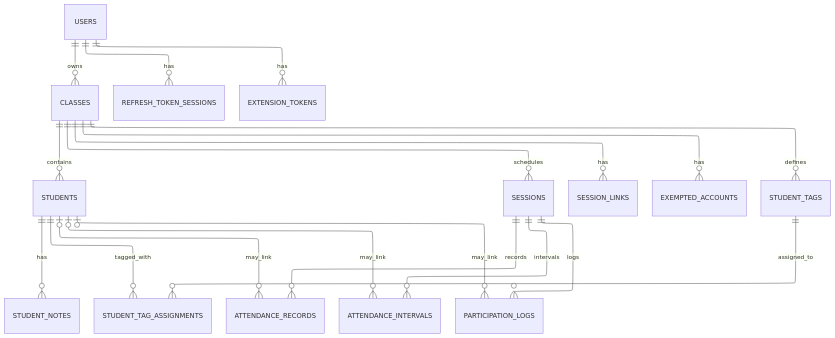
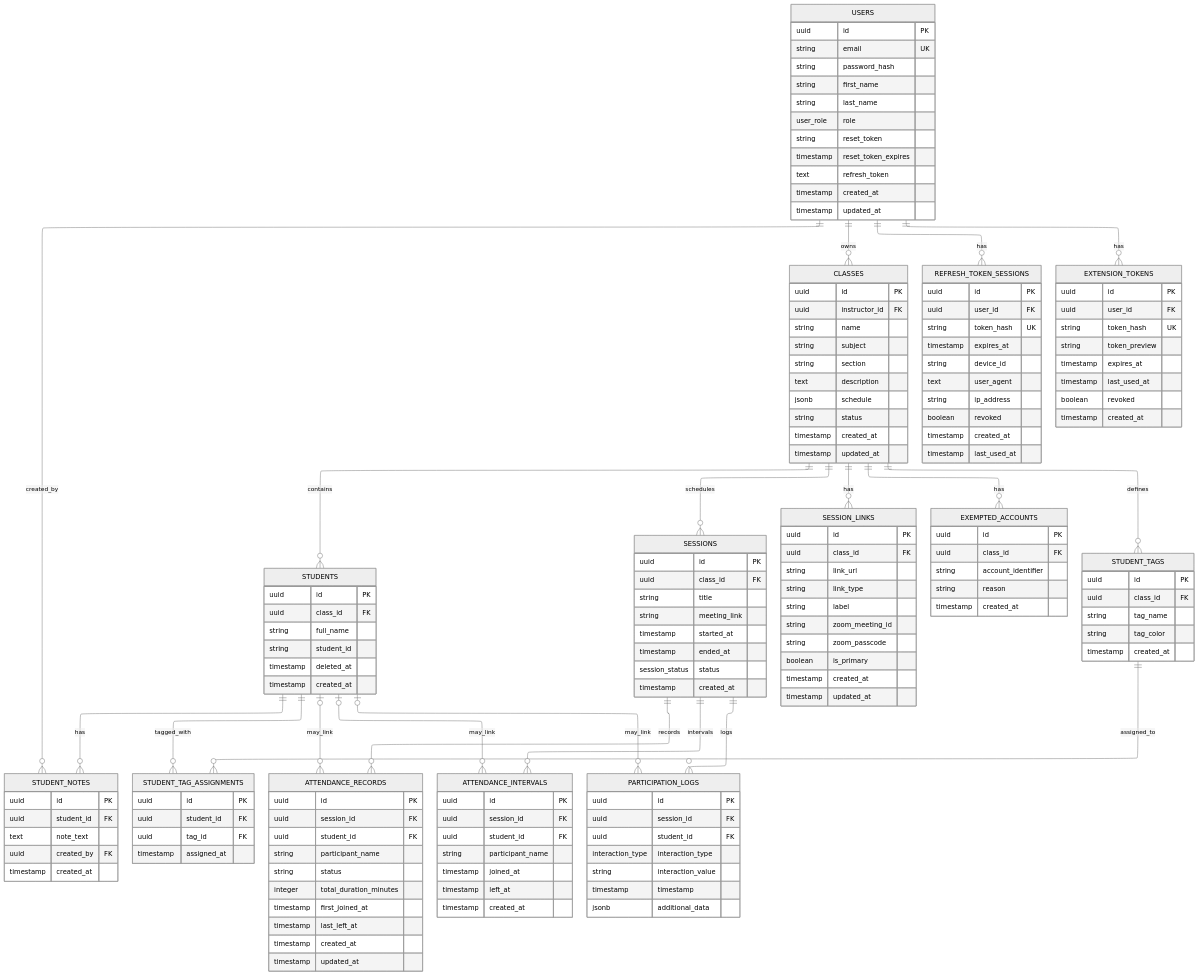
The sixth of 7 diagrams in __documentation/_for thesis/appendix/appendices_diagrams_mermaid.md (Rich-SCC/engagium_v0.2), drawn with Mermaid before and after one commit. The commit also changed other lines of this file and 1 other file, not shown here.

Commit message:
v1.15 diagrams docs fix

````diff
--- a/__documentation/_for thesis/appendix/appendices_diagrams_mermaid.md
+++ b/__documentation/_for thesis/appendix/appendices_diagrams_mermaid.md
@@ -199,28 +197,179 @@
 ```mermaid
 ---
 config:
+  theme: neutral
+  look: classic
   layout: elk
+  fontFamily: '''Recursive Variable'', sans-serif'
+  themeVariables:
+    fontFamily: '''Recursive Variable'', sans-serif'
 ---
 erDiagram
-    USERS ||--o{ CLASSES : owns
-    CLASSES ||--o{ STUDENTS : contains
-    CLASSES ||--o{ SESSIONS : schedules
-    CLASSES ||--o{ SESSION_LINKS : has
-    CLASSES ||--o{ EXEMPTED_ACCOUNTS : has
-    CLASSES ||--o{ STUDENT_TAGS : defines
+	direction TB
+	USERS {
+		uuid id PK ""  
+		string email UK ""  
+		string password_hash  ""  
+		string first_name  ""  
+		string last_name  ""  
+		user_role role  ""  
+		string reset_token  ""  
+		timestamp reset_token_expires  ""  
+		text refresh_token  ""  
+		timestamp created_at  ""  
+		timestamp updated_at  ""  
+	}
 
-    STUDENTS ||--o{ STUDENT_NOTES : has
-    STUDENTS ||--o{ STUDENT_TAG_ASSIGNMENTS : tagged_with
-    STUDENT_TAGS ||--o{ STUDENT_TAG_ASSIGNMENTS : assigned_to
+	CLASSES {
+		uuid id PK ""  
+		uuid instructor_id FK ""  
+		string name  ""  
+		string subject  ""  
+		string section  ""  
+		text description  ""  
+		jsonb schedule  ""  
+		string status  ""  
+		timestamp created_at  ""  
+		timestamp updated_at  ""  
+	}
 
-    SESSIONS ||--o{ ATTENDANCE_RECORDS : records
-    SESSIONS ||--o{ ATTENDANCE_INTERVALS : intervals
-    SESSIONS ||--o{ PARTICIPATION_LOGS : logs
+	REFRESH_TOKEN_SESSIONS {
+		uuid id PK ""  
+		uuid user_id FK ""  
+		string token_hash UK ""  
+		timestamp expires_at  ""  
+		string device_id  ""  
+		text user_agent  ""  
+		string ip_address  ""  
+		boolean revoked  ""  
+		timestamp created_at  ""  
+		timestamp last_used_at  ""  
+	}
 
-    STUDENTS o|--o{ ATTENDANCE_RECORDS : may_link
-    STUDENTS o|--o{ ATTENDANCE_INTERVALS : may_link
-    STUDENTS o|--o{ PARTICIPATION_LOGS : may_link
+	EXTENSION_TOKENS {
+		uuid id PK ""  
+		uuid user_id FK ""  
+		string token_hash UK ""  
+		string token_preview  ""  
+		timestamp expires_at  ""  
+		timestamp last_used_at  ""  
+		boolean revoked  ""  
+		timestamp created_at  ""  
+	}
 
-    USERS ||--o{ REFRESH_TOKEN_SESSIONS : has
-    USERS ||--o{ EXTENSION_TOKENS : has
+	STUDENT_NOTES {
+		uuid id PK ""  
+		uuid student_id FK ""  
+		text note_text  ""  
+		uuid created_by FK ""  
+		timestamp created_at  ""  
+	}
+
+	STUDENTS {
+		uuid id PK ""  
+		uuid class_id FK ""  
+		string full_name  ""  
+		string student_id  ""  
+		timestamp deleted_at  ""  
+		timestamp created_at  ""  
+	}
+
+	SESSIONS {
+		uuid id PK ""  
+		uuid class_id FK ""  
+		string title  ""  
+		string meeting_link  ""  
+		timestamp started_at  ""  
+		timestamp ended_at  ""  
+		session_status status  ""  
+		timestamp created_at  ""  
+	}
+
+	SESSION_LINKS {
+		uuid id PK ""  
+		uuid class_id FK ""  
+		string link_url  ""  
+		string link_type  ""  
+		string label  ""  
+		string zoom_meeting_id  ""  
+		string zoom_passcode  ""  
+		boolean is_primary  ""  
+		timestamp created_at  ""  
+		timestamp updated_at  ""  
+	}
+
+	EXEMPTED_ACCOUNTS {
+		uuid id PK ""  
+		uuid class_id FK ""  
+		string account_identifier  ""  
+		string reason  ""  
+		timestamp created_at  ""  
+	}
+
+	STUDENT_TAGS {
+		uuid id PK ""  
+		uuid class_id FK ""  
+		string tag_name  ""  
+		string tag_color  ""  
+		timestamp created_at  ""  
+	}
+
+	STUDENT_TAG_ASSIGNMENTS {
+		uuid id PK ""  
+		uuid student_id FK ""  
+		uuid tag_id FK ""  
+		timestamp assigned_at  ""  
+	}
+
+	ATTENDANCE_RECORDS {
+		uuid id PK ""  
+		uuid session_id FK ""  
+		uuid student_id FK ""  
+		string participant_name  ""  
+		string status  ""  
+		integer total_duration_minutes  ""  
+		timestamp first_joined_at  ""  
+		timestamp last_left_at  ""  
+		timestamp created_at  ""  
+		timestamp updated_at  ""  
+	}
+
+	ATTENDANCE_INTERVALS {
+		uuid id PK ""  
+		uuid session_id FK ""  
+		uuid student_id FK ""  
+		string participant_name  ""  
+		timestamp joined_at  ""  
+		timestamp left_at  ""  
+		timestamp created_at  ""  
+	}
+
+	PARTICIPATION_LOGS {
+		uuid id PK ""  
+		uuid session_id FK ""  
+		uuid student_id FK ""  
+		interaction_type interaction_type  ""  
+		string interaction_value  ""  
+		timestamp timestamp  ""  
+		jsonb additional_data  ""  
+	}
+
+	USERS||--o{CLASSES:"owns"
+	USERS||--o{REFRESH_TOKEN_SESSIONS:"has"
+	USERS||--o{EXTENSION_TOKENS:"has"
+	USERS||--o{STUDENT_NOTES:"created_by"
+	CLASSES||--o{STUDENTS:"contains"
+	CLASSES||--o{SESSIONS:"schedules"
+	CLASSES||--o{SESSION_LINKS:"has"
+	CLASSES||--o{EXEMPTED_ACCOUNTS:"has"
+	CLASSES||--o{STUDENT_TAGS:"defines"
+	STUDENTS||--o{STUDENT_NOTES:"has"
+	STUDENTS||--o{STUDENT_TAG_ASSIGNMENTS:"tagged_with"
+	STUDENT_TAGS||--o{STUDENT_TAG_ASSIGNMENTS:"assigned_to"
+	SESSIONS||--o{ATTENDANCE_RECORDS:"records"
+	SESSIONS||--o{ATTENDANCE_INTERVALS:"intervals"
+	SESSIONS||--o{PARTICIPATION_LOGS:"logs"
+	STUDENTS|o--o{ATTENDANCE_RECORDS:"may_link"
+	STUDENTS|o--o{ATTENDANCE_INTERVALS:"may_link"
+	STUDENTS|o--o{PARTICIPATION_LOGS:"may_link"
 ```
````
